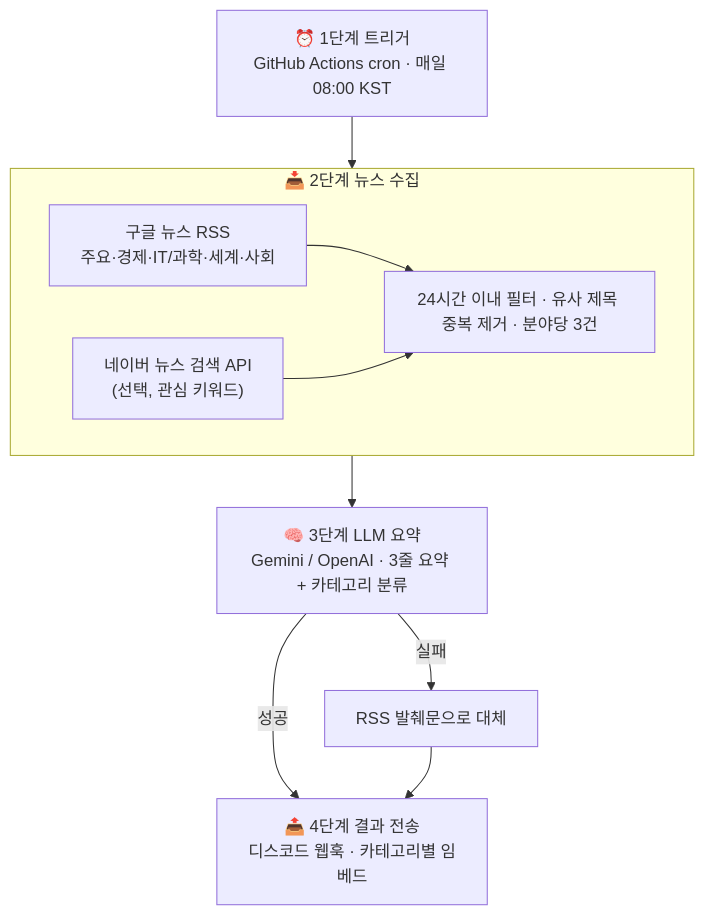
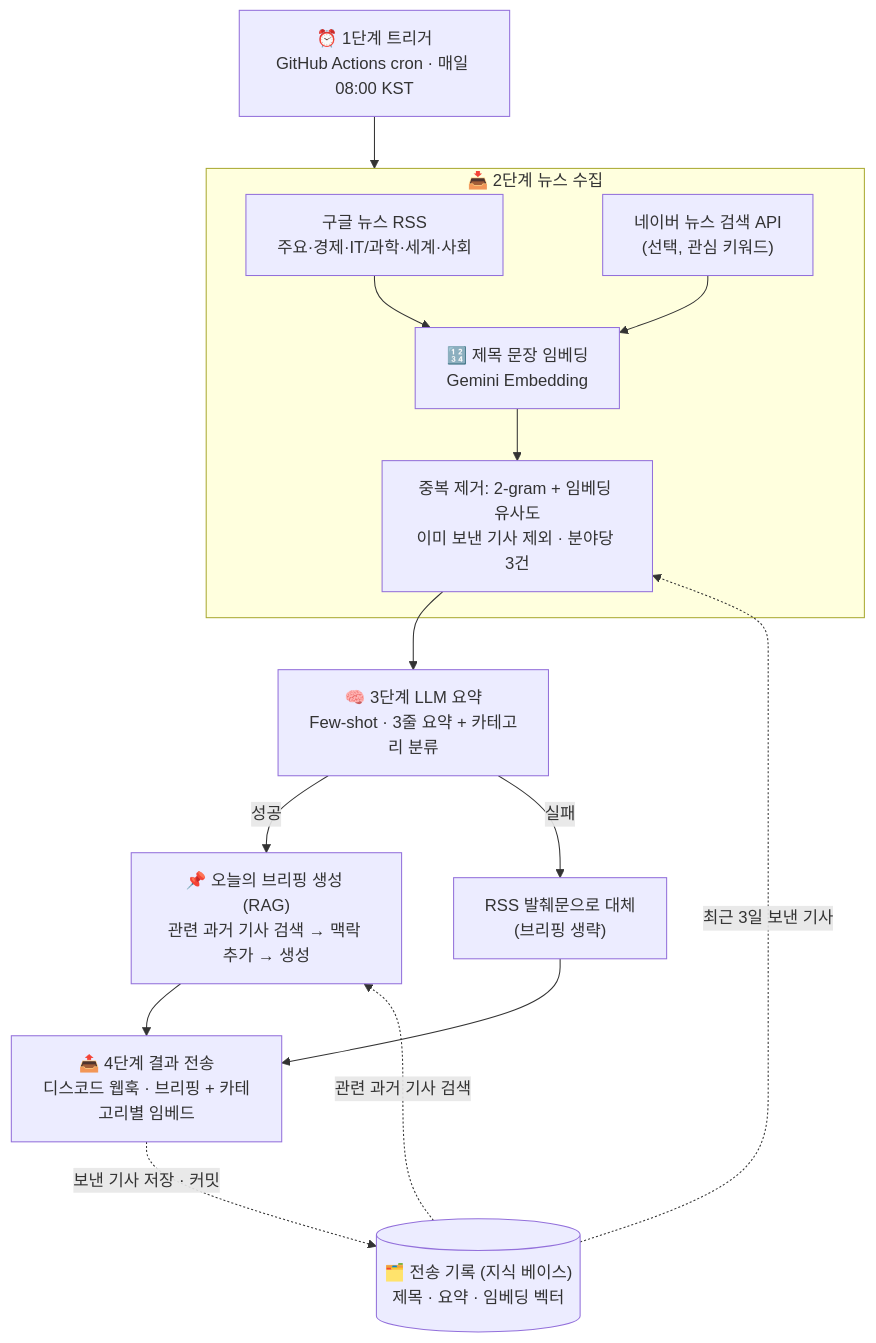
Before and after one commit to untitled2039/discord-news-bot: the diagram in README.md, drawn with Mermaid. The commit also changed other lines of this file and 5 other files, not shown here.

````diff
--- a/README.md
+++ b/README.md
@@ -60,12 +60,19 @@
 ```mermaid
 flowchart TD
     A["⏰ 1단계 트리거<br/>GitHub Actions cron · 매일 08:00 KST"] --> B
+    H[("🗂️ 전송 기록 (지식 베이스)<br/>제목 · 요약 · 임베딩 벡터")]
     subgraph B["📥 2단계 뉴스 수집"]
-        B1["구글 뉴스 RSS<br/>주요·경제·IT/과학·세계·사회"] --> B3
-        B2["네이버 뉴스 검색 API<br/>(선택, 관심 키워드)"] --> B3
-        B3["24시간 이내 필터 · 유사 제목 중복 제거 · 분야당 3건"]
+        B1["구글 뉴스 RSS<br/>주요·경제·IT/과학·세계·사회"] --> EM
+        B2["네이버 뉴스 검색 API<br/>(선택, 관심 키워드)"] --> EM
+        EM["🔢 제목 문장 임베딩<br/>Gemini Embedding"] --> B3
+        B3["중복 제거: 2-gram + 임베딩 유사도<br/>이미 보낸 기사 제외 · 분야당 3건"]
     end
-    B --> C["🧠 3단계 LLM 요약<br/>Gemini / OpenAI · 3줄 요약 + 카테고리 분류"]
-    C -->|성공| D["📤 4단계 결과 전송<br/>디스코드 웹훅 · 카테고리별 임베드"]
-    C -->|실패| E["RSS 발췌문으로 대체"] --> D
+    H -. 최근 3일 보낸 기사 .-> B3
+    B3 --> C["🧠 3단계 LLM 요약<br/>Few-shot · 3줄 요약 + 카테고리 분류"]
+    C -->|성공| G["📌 오늘의 브리핑 생성 (RAG)<br/>관련 과거 기사 검색 → 맥락 추가 → 생성"]
+    C -->|실패| E["RSS 발췌문으로 대체<br/>(브리핑 생략)"]
+    H -. 관련 과거 기사 검색 .-> G
+    G --> D["📤 4단계 결과 전송<br/>디스코드 웹훅 · 브리핑 + 카테고리별 임베드"]
+    E --> D
+    D -. 보낸 기사 저장 · 커밋 .-> H
 ```
````
